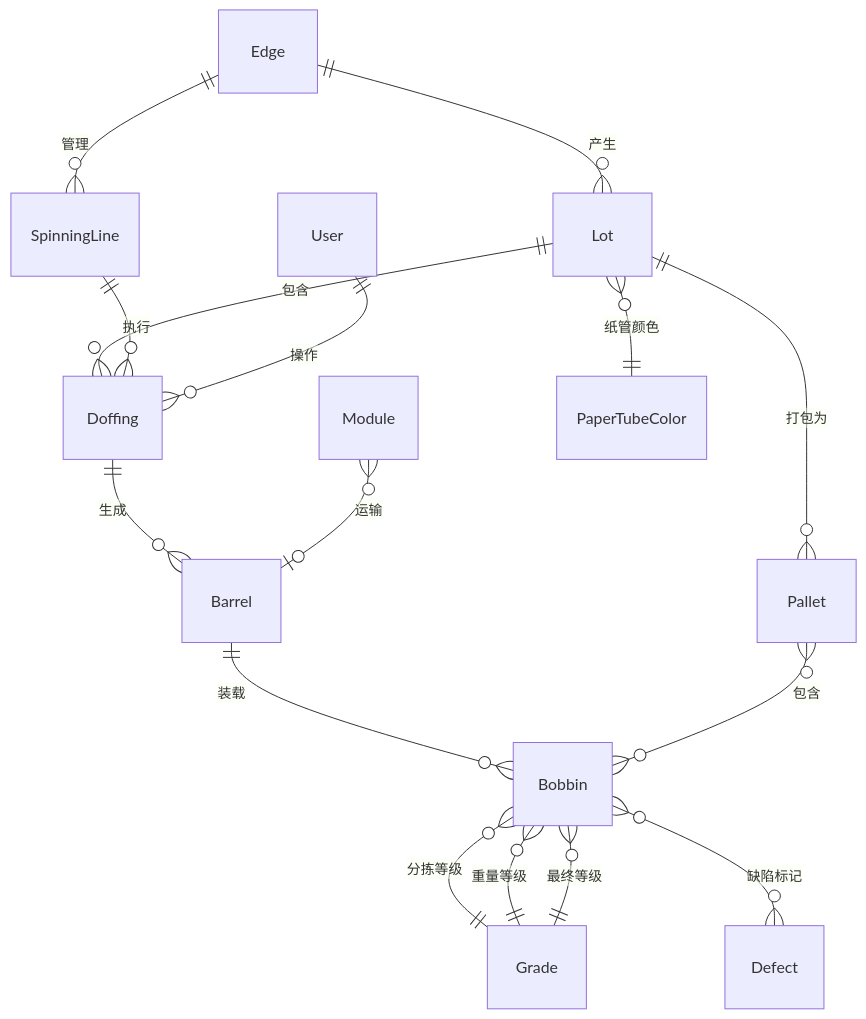
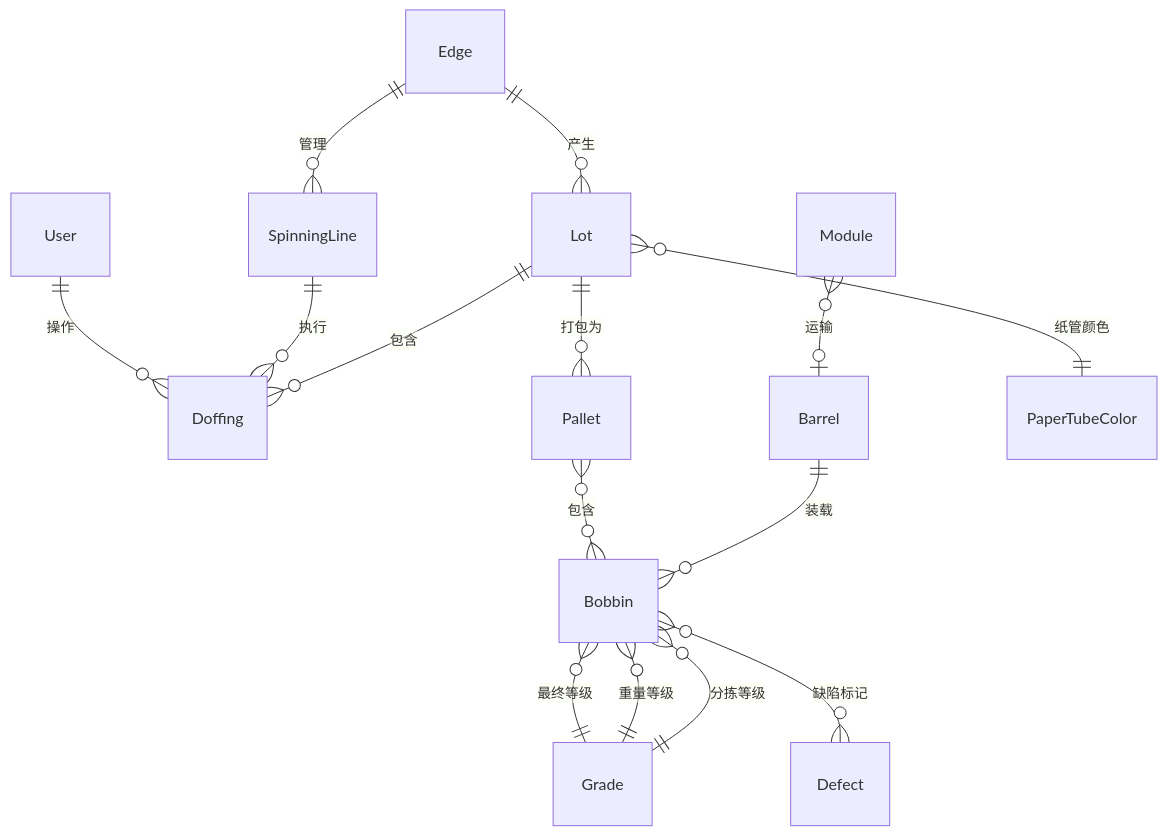
The diagram in docs/superpowers/specs/2026-09-29-v3-data-model-design.md (kpvcufighihigkkh-wq/SilkRoad), drawn with Mermaid before and after one commit. The commit also changed other lines of this file and 1 other file, not shown here.

````diff
--- a/docs/superpowers/specs/2026-09-29-v3-data-model-design.md
+++ b/docs/superpowers/specs/2026-09-29-v3-data-model-design.md
@@ -349,22 +348,21 @@
 ```mermaid
 erDiagram
     Edge ||--o{ Lot : "产生"
     Lot ||--o{ Doffing : "包含"
-    Doffing ||--o{ Barrel : "生成"
     Barrel ||--o{ Bobbin : "装载"
     Lot ||--o{ Pallet : "打包为"
     Pallet }o--o{ Bobbin : "包含"
     Module }o--o| Barrel : "运输"
     
     SpinningLine ||--o{ Doffing : "执行"
     User ||--o{ Doffing : "操作"
     
     Bobbin }o--|| Grade : "分拣等级"
     Bobbin }o--|| Grade : "重量等级"
     Bobbin }o--|| Grade : "最终等级"
     Bobbin }o--o{ Defect : "缺陷标记"
     
     Lot }o--|| PaperTubeColor : "纸管颜色"
     
     Edge ||--o{ SpinningLine : "管理"
 ```
````
